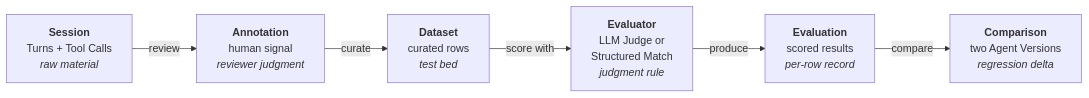
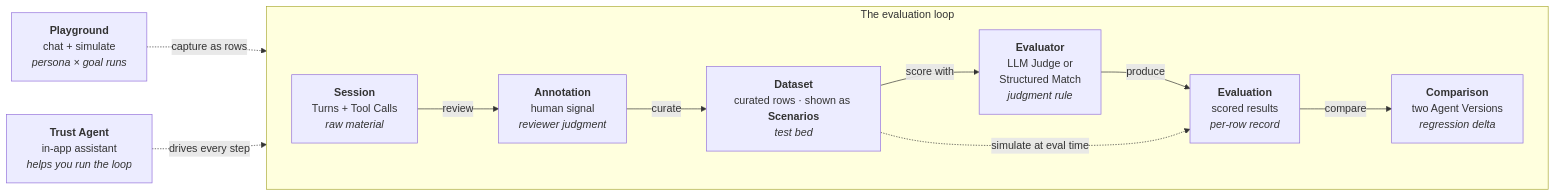
One commit to Provar-TrustAI/docs changed the diagram in concepts/overview.mdx. Above: the diagram before and after it, drawn with Mermaid. The commit also changed other lines of this file and 30 other files, not shown here.

First line of the commit message:
docs(v2026.06.09.1): Trust Agent, Scenarios & Playground, multi-tenancy + Agent-first guides

````diff
--- a/concepts/overview.mdx
+++ b/concepts/overview.mdx
@@ -37,15 +39,25 @@
 ```mermaid
 flowchart LR
-    S["<b>Session</b><br/>Turns + Tool Calls<br/><i>raw material</i>"]
-    A["<b>Annotation</b><br/>human signal<br/><i>reviewer judgment</i>"]
-    D["<b>Dataset</b><br/>curated rows<br/><i>test bed</i>"]
-    E["<b>Evaluator</b><br/>LLM Judge or<br/>Structured Match<br/><i>judgment rule</i>"]
-    R["<b>Evaluation</b><br/>scored results<br/><i>per-row record</i>"]
-    V["<b>Comparison</b><br/>two Agent Versions<br/><i>regression delta</i>"]
+    subgraph loop["The evaluation loop"]
+        direction LR
+        S["<b>Session</b><br/>Turns + Tool Calls<br/><i>raw material</i>"]
+        A["<b>Annotation</b><br/>human signal<br/><i>reviewer judgment</i>"]
+        D["<b>Dataset</b><br/>curated rows · shown as <b>Scenarios</b><br/><i>test bed</i>"]
+        E["<b>Evaluator</b><br/>LLM Judge or<br/>Structured Match<br/><i>judgment rule</i>"]
+        R["<b>Evaluation</b><br/>scored results<br/><i>per-row record</i>"]
+        V["<b>Comparison</b><br/>two Agent Versions<br/><i>regression delta</i>"]
 
-    S -->|review| A
-    A -->|curate| D
-    D -->|score with| E
-    E -->|produce| R
-    R -->|compare| V
+        S -->|review| A
+        A -->|curate| D
+        D -->|score with| E
+        E -->|produce| R
+        R -->|compare| V
+    end
+
+    P["<b>Playground</b><br/>chat + simulate<br/><i>persona × goal runs</i>"]
+    TA["<b>Trust Agent</b><br/>in-app assistant<br/><i>helps you run the loop</i>"]
+
+    P -.->|capture as rows| D
+    D -.->|simulate at eval time| R
+    TA -.->|drives every step| loop
 ```
````
